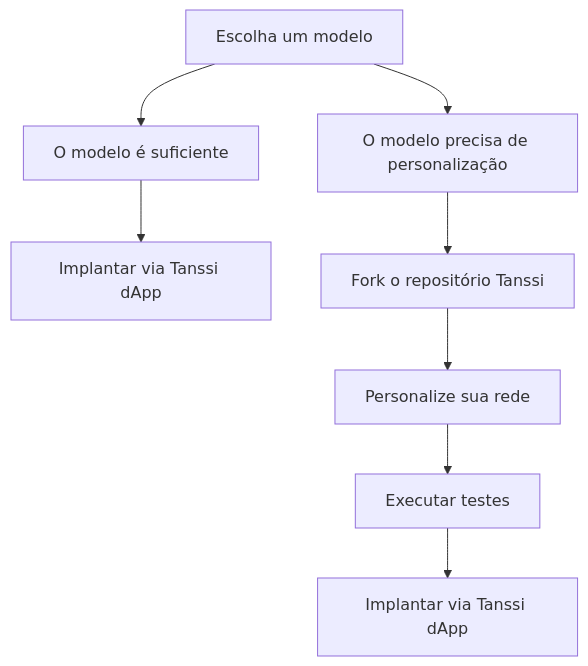
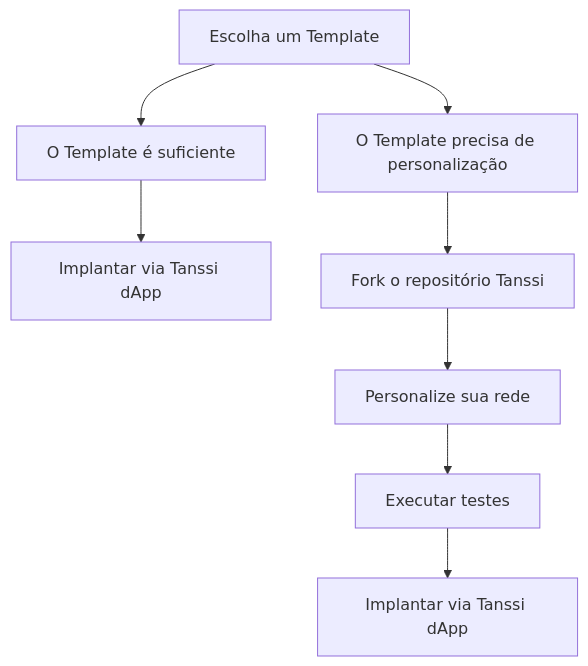
Before and after one commit to moondance-labs/tanssi-docs: the diagram in pt/builders/build/index.md, drawn with Mermaid. The commit also changed other lines of this file and 103 other files, not shown here.

````diff
--- a/pt/builders/build/index.md
+++ b/pt/builders/build/index.md
@@ -16,13 +16,13 @@
 ```mermaid
 flowchart TD
-    Start[Escolha um modelo]
-    Start --> Path1[O modelo é suficiente]
-    Start --> Path2[O modelo precisa de personalização]
+    Start[Escolha um Template]
+    Start --> Path1[O Template é suficiente]
+    Start --> Path2[O Template precisa de personalização]
 
     Path1 --> Deploy1[Implantar via Tanssi dApp]
 
     Path2 --> Fork[Fork o repositório Tanssi]
     Fork --> Customize[Personalize sua rede]
     Customize --> Test[Executar testes]
     Test --> Deploy2[Implantar via Tanssi dApp]
 ```
````
